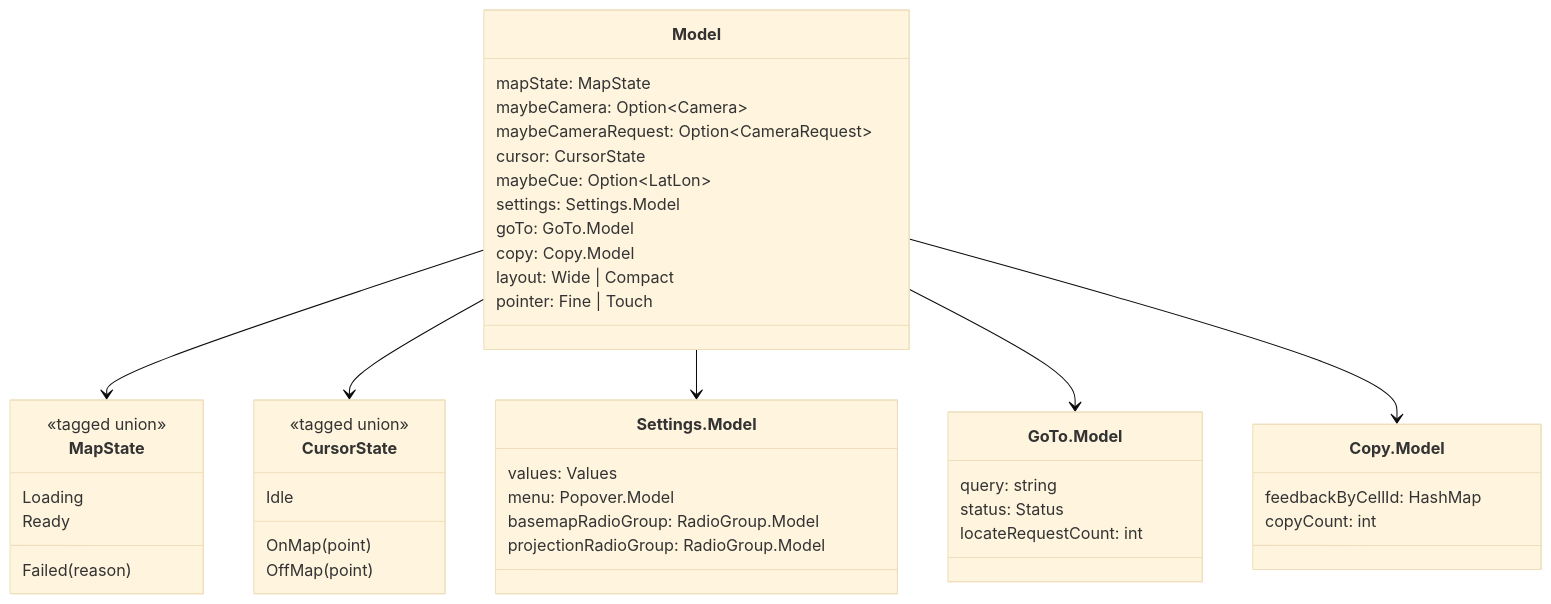
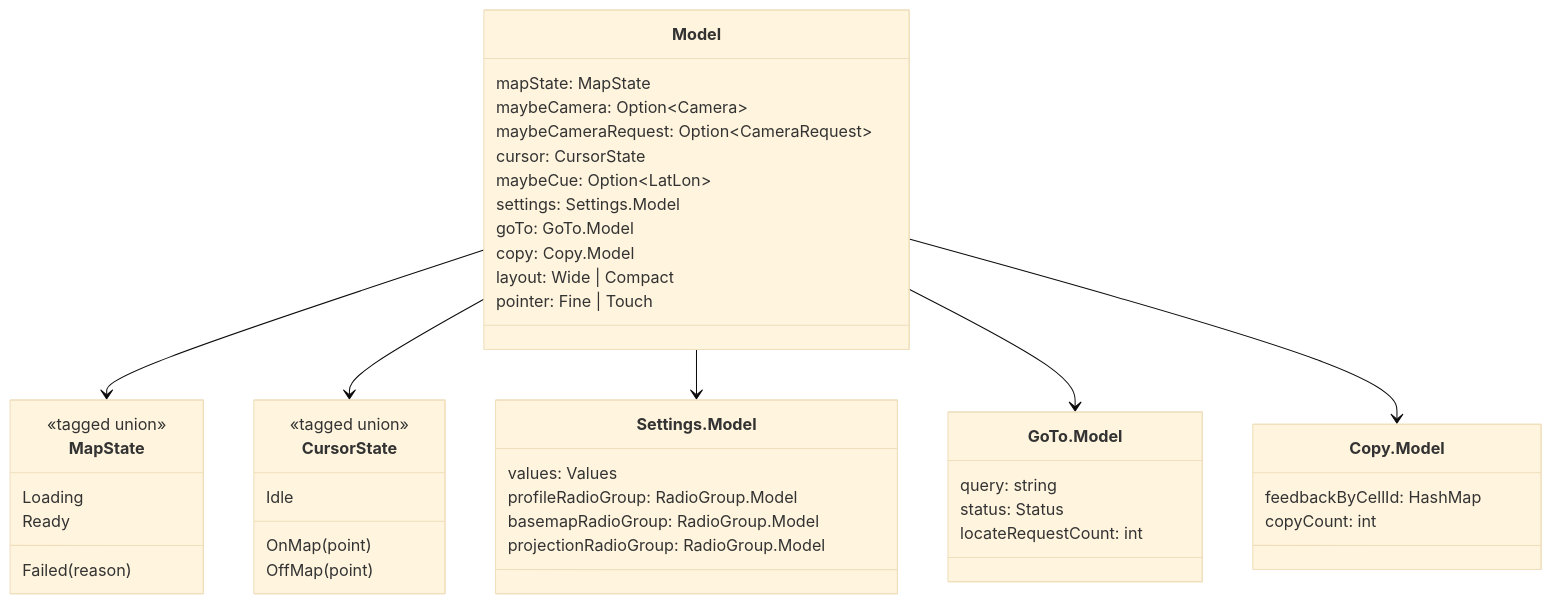
Before and after one commit to eknowles/coordkit: the fourth of 11 diagrams in docs/foldkit-architecture.md, drawn with Mermaid (base theme). The commit also changed other lines of this file and 10 other files, not shown here.

````diff
--- a/docs/foldkit-architecture.md
+++ b/docs/foldkit-architecture.md
@@ -155,47 +155,47 @@
 ```mermaid
 classDiagram
     class Model {
         mapState: MapState
         maybeCamera: Option~Camera~
         maybeCameraRequest: Option~CameraRequest~
         cursor: CursorState
         maybeCue: Option~LatLon~
         settings: Settings.Model
         goTo: GoTo.Model
         copy: Copy.Model
         layout: Wide | Compact
         pointer: Fine | Touch
     }
     class MapState {
         <<tagged union>>
         Loading
         Ready
         Failed(reason)
     }
     class CursorState {
         <<tagged union>>
         Idle
         OnMap(point)
         OffMap(point)
     }
     class SettingsModel["Settings.Model"] {
         values: Values
-        menu: Popover.Model
+        profileRadioGroup: RadioGroup.Model
         basemapRadioGroup: RadioGroup.Model
         projectionRadioGroup: RadioGroup.Model
     }
     class GoToModel["GoTo.Model"] {
         query: string
         status: Status
         locateRequestCount: int
     }
     class CopyModel["Copy.Model"] {
         feedbackByCellId: HashMap
         copyCount: int
     }
     Model --> MapState
     Model --> CursorState
     Model --> SettingsModel
     Model --> GoToModel
     Model --> CopyModel
 ```
````
